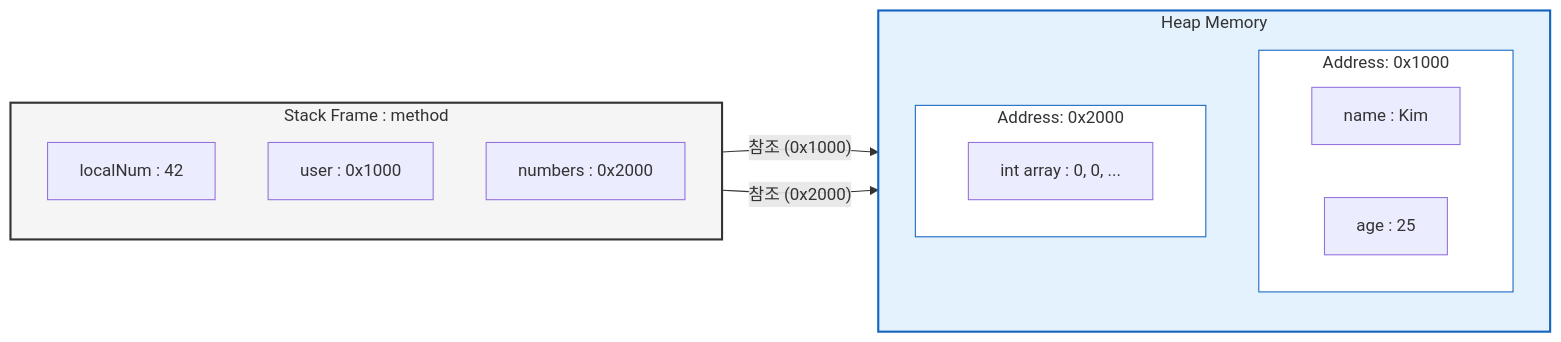
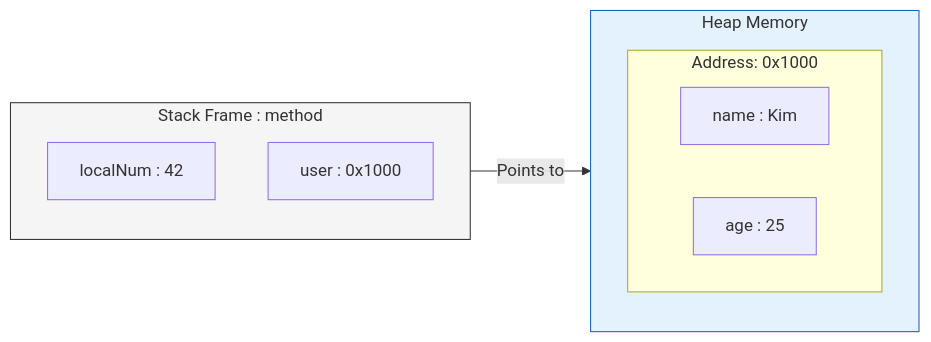
Before and after one commit to thseo4813/Study-Notes: the second of 2 diagrams in 01-os/memory-stack-heap/README.md, drawn with Mermaid. The commit also changed other lines of this file and 21 other files, not shown here.

````diff
--- a/01-os/memory-stack-heap/README.md
+++ b/01-os/memory-stack-heap/README.md
@@ -128,29 +94,21 @@
 ```mermaid
 graph LR
     subgraph Stack_Frame [Stack Frame : method]
         direction TB
         localNum[localNum : 42]
         userPtr[user : 0x1000]
-        numbersPtr[numbers : 0x2000]
     end
 
     subgraph Heap_Memory [Heap Memory]
         direction TB
         subgraph UserObj [Address: 0x1000]
             U_Name[name : Kim]
             U_Age[age : 25]
         end
-        
-        subgraph ArrayObj [Address: 0x2000]
-            Arr_Data[int array : 0, 0, ...]
-        end
     end
 
-    userPtr -- "참조 (0x1000)" --> UserObj
-    numbersPtr -- "참조 (0x2000)" --> ArrayObj
+    userPtr -- "Points to" --> UserObj
 
-    style Stack_Frame fill:#f5f5f5,stroke:#333,stroke-width:2px
-    style Heap_Memory fill:#e3f2fd,stroke:#1565c0,stroke-width:2px
-    style UserObj fill:#ffffff,stroke:#1565c0
-    style ArrayObj fill:#ffffff,stroke:#1565c0
+    style Stack_Frame fill:#f5f5f5,stroke:#333
+    style Heap_Memory fill:#e3f2fd,stroke:#1565c0
 ```
````
